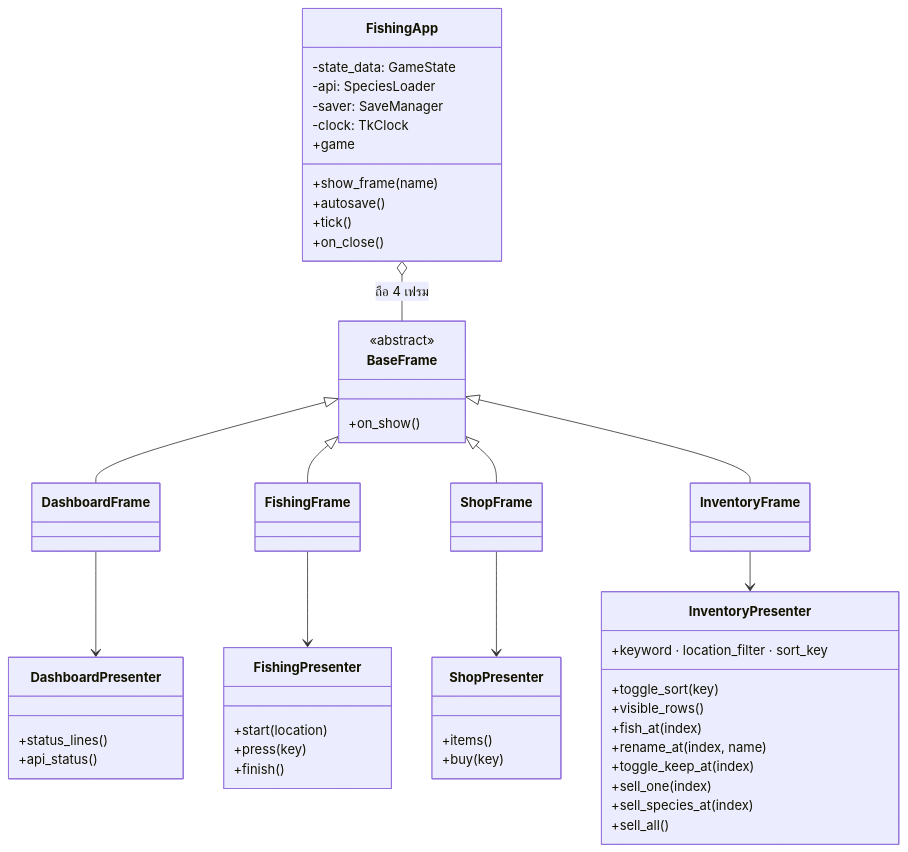
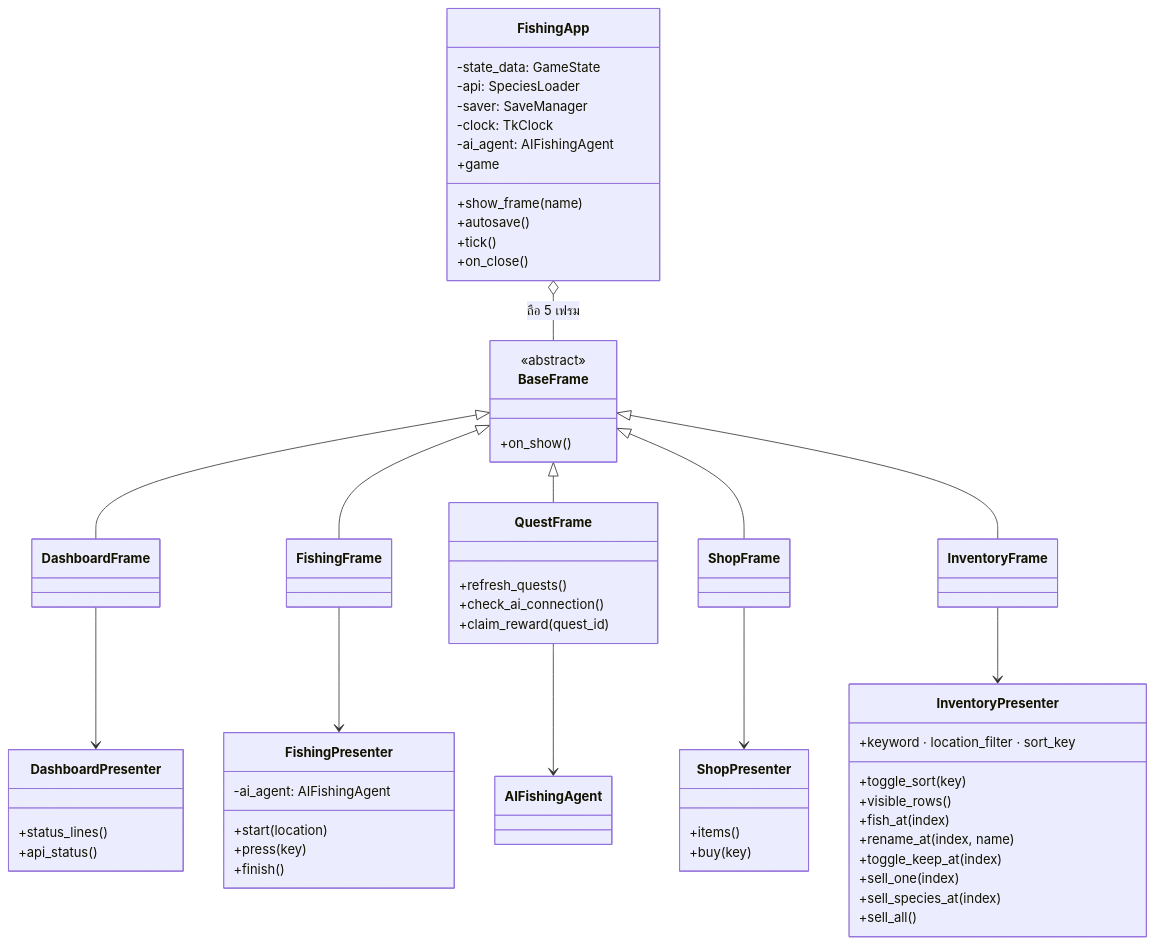
One commit to suphachaikh-creator/Final-Project_G11_Sec2_Script_Programming changed the third of 3 diagrams in PLAN.md. Above: the diagram before and after it, drawn with Mermaid. The commit also changed other lines of this file and 16 other files, not shown here.

````diff
--- a/PLAN.md
+++ b/PLAN.md
@@ -468,58 +523,67 @@
 ```mermaid
 classDiagram
     direction TB
 
     class FishingApp {
         -state_data: GameState
         -api: SpeciesLoader
         -saver: SaveManager
         -clock: TkClock
+        -ai_agent: AIFishingAgent
         +game
         +show_frame(name)
         +autosave()
         +tick()
         +on_close()
     }
     class InventoryPresenter {
         +keyword · location_filter · sort_key
         +toggle_sort(key)
         +visible_rows()
         +fish_at(index)
         +rename_at(index, name)
         +toggle_keep_at(index)
         +sell_one(index)
         +sell_species_at(index)
         +sell_all()
     }
     class FishingPresenter {
+        -ai_agent: AIFishingAgent
         +start(location)
         +press(key)
         +finish()
     }
     class ShopPresenter {
         +items()
         +buy(key)
     }
     class DashboardPresenter {
         +status_lines()
         +api_status()
     }
     class BaseFrame {
         <<abstract>>
         +on_show()
     }
     class DashboardFrame
     class FishingFrame
     class ShopFrame
     class InventoryFrame
+    class QuestFrame {
+        +refresh_quests()
+        +check_ai_connection()
+        +claim_reward(quest_id)
+    }
 
-    FishingApp o-- BaseFrame : ถือ 4 เฟรม
+    FishingApp o-- BaseFrame : ถือ 5 เฟรม
     BaseFrame <|-- DashboardFrame
     BaseFrame <|-- FishingFrame
+    BaseFrame <|-- QuestFrame
     BaseFrame <|-- ShopFrame
     BaseFrame <|-- InventoryFrame
+    QuestFrame --> AIFishingAgent
     DashboardFrame --> DashboardPresenter
     FishingFrame --> FishingPresenter
     ShopFrame --> ShopPresenter
     InventoryFrame --> InventoryPresenter
 ```
````
